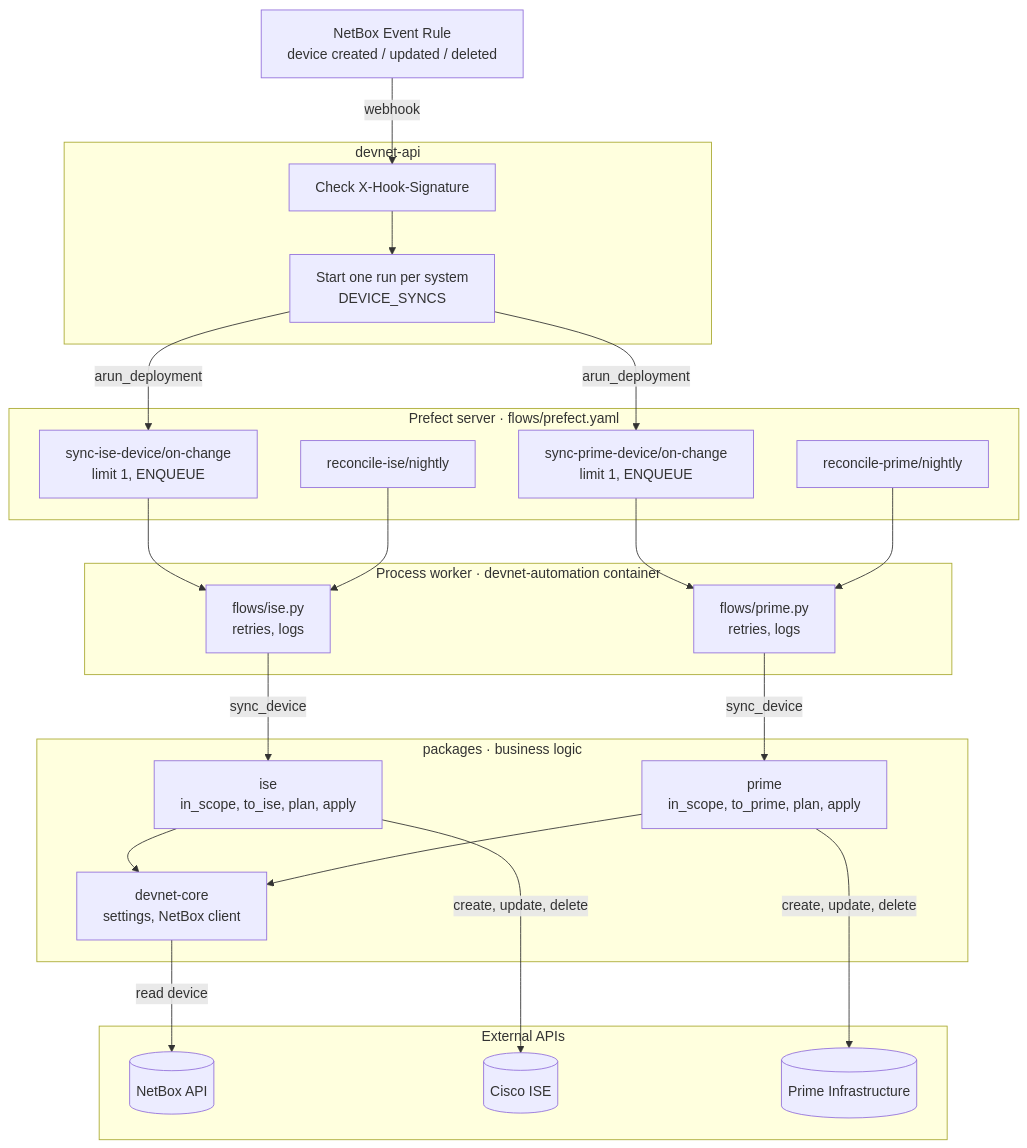
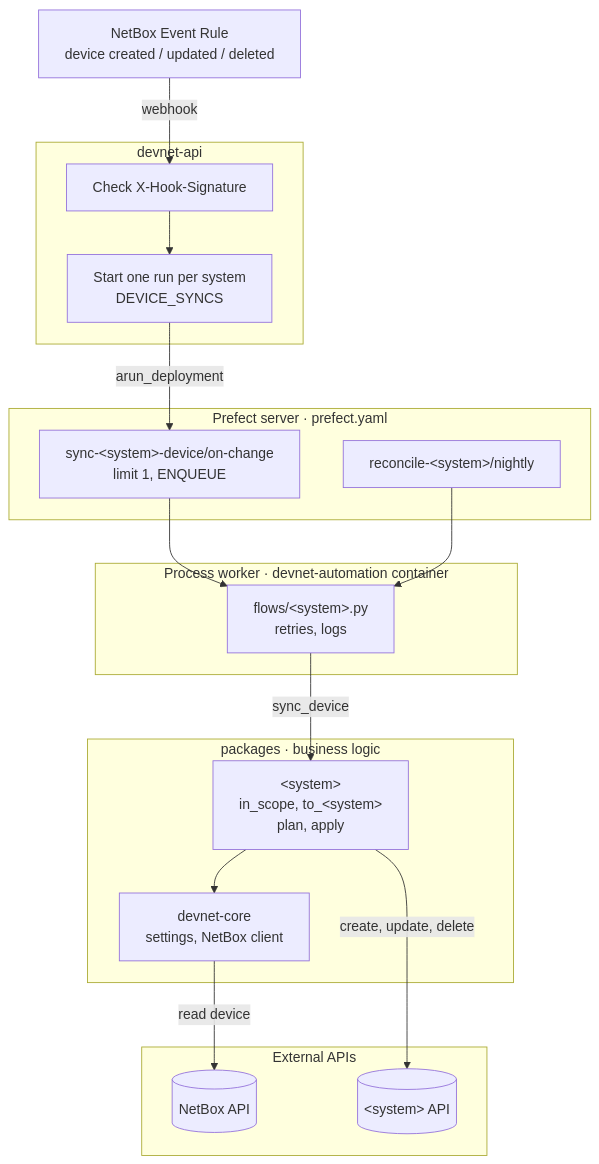
One commit to G0rsthir/devnet changed the diagram in docs/ARCHITECTURE.md. Above: the diagram before and after it, drawn with Mermaid. The commit also changed other lines of this file and 3 other files, not shown here.

````diff
--- a/docs/ARCHITECTURE.md
+++ b/docs/ARCHITECTURE.md
@@ -7,54 +7,43 @@
 ```mermaid
 ---
 config:
   flowchart:
     wrappingWidth: 320
 ---
 flowchart TB
     rule["NetBox Event Rule<br/>device created / updated / deleted"]
 
     subgraph api["devnet-api"]
         verify["Check X-Hook-Signature"]
         dispatch["Start one run per system<br/>DEVICE_SYNCS"]
     end
 
-    subgraph prefect["Prefect server · flows/prefect.yaml"]
-        ise_on_change["sync-ise-device/on-change<br/>limit 1, ENQUEUE"]
-        ise_nightly["reconcile-ise/nightly"]
-        prime_on_change["sync-prime-device/on-change<br/>limit 1, ENQUEUE"]
-        prime_nightly["reconcile-prime/nightly"]
+    subgraph prefect["Prefect server · prefect.yaml"]
+        deploy_change["sync-#lt;system#gt;-device/on-change<br/>limit 1, ENQUEUE"]
+        deploy_nightly["reconcile-#lt;system#gt;/nightly"]
     end
 
     subgraph worker["Process worker · devnet-automation container"]
-        ise_flow["flows/ise.py<br/>retries, logs"]
-        prime_flow["flows/prime.py<br/>retries, logs"]
+        system_flow["flows/#lt;system#gt;.py<br/>retries, logs"]
     end
 
     subgraph packages["packages · business logic"]
-        ise_pkg["ise<br/>in_scope, to_ise, plan, apply"]
-        prime_pkg["prime<br/>in_scope, to_prime, plan, apply"]
+        system_pkg["#lt;system#gt;<br/>in_scope, to_#lt;system#gt;<br/>plan, apply"]
         core["devnet-core<br/>settings, NetBox client"]
     end
 
     subgraph external["External APIs"]
         nb_api[("NetBox API")]
-        ise_system[("Cisco ISE")]
-        prime_system[("Prime Infrastructure")]
+        system_api[("#lt;system#gt; API")]
     end
 
     rule -->|webhook| verify
     verify --> dispatch
-    dispatch -->|arun_deployment| ise_on_change
-    dispatch -->|arun_deployment| prime_on_change
-    ise_on_change --> ise_flow
-    ise_nightly --> ise_flow
-    prime_on_change --> prime_flow
-    prime_nightly --> prime_flow
-    ise_flow -->|sync_device| ise_pkg
-    prime_flow -->|sync_device| prime_pkg
-    ise_pkg --> core
-    prime_pkg --> core
+    dispatch -->|arun_deployment| deploy_change
+    deploy_change --> system_flow
+    deploy_nightly --> system_flow
+    system_flow -->|sync_device| system_pkg
+    system_pkg --> core
     core -->|read device| nb_api
-    ise_pkg -->|create, update, delete| ise_system
-    prime_pkg -->|create, update, delete| prime_system
+    system_pkg -->|create, update, delete| system_api
 ```
````
